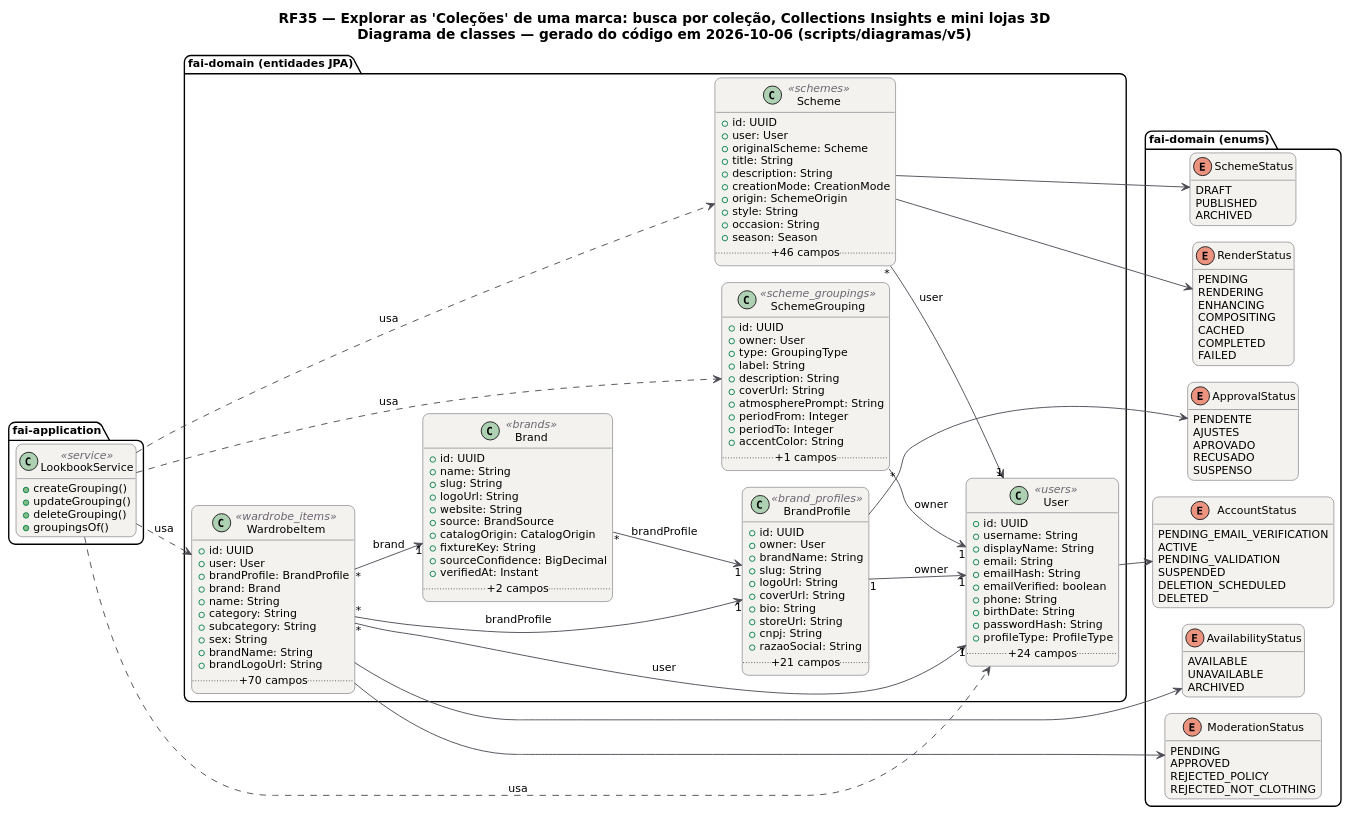
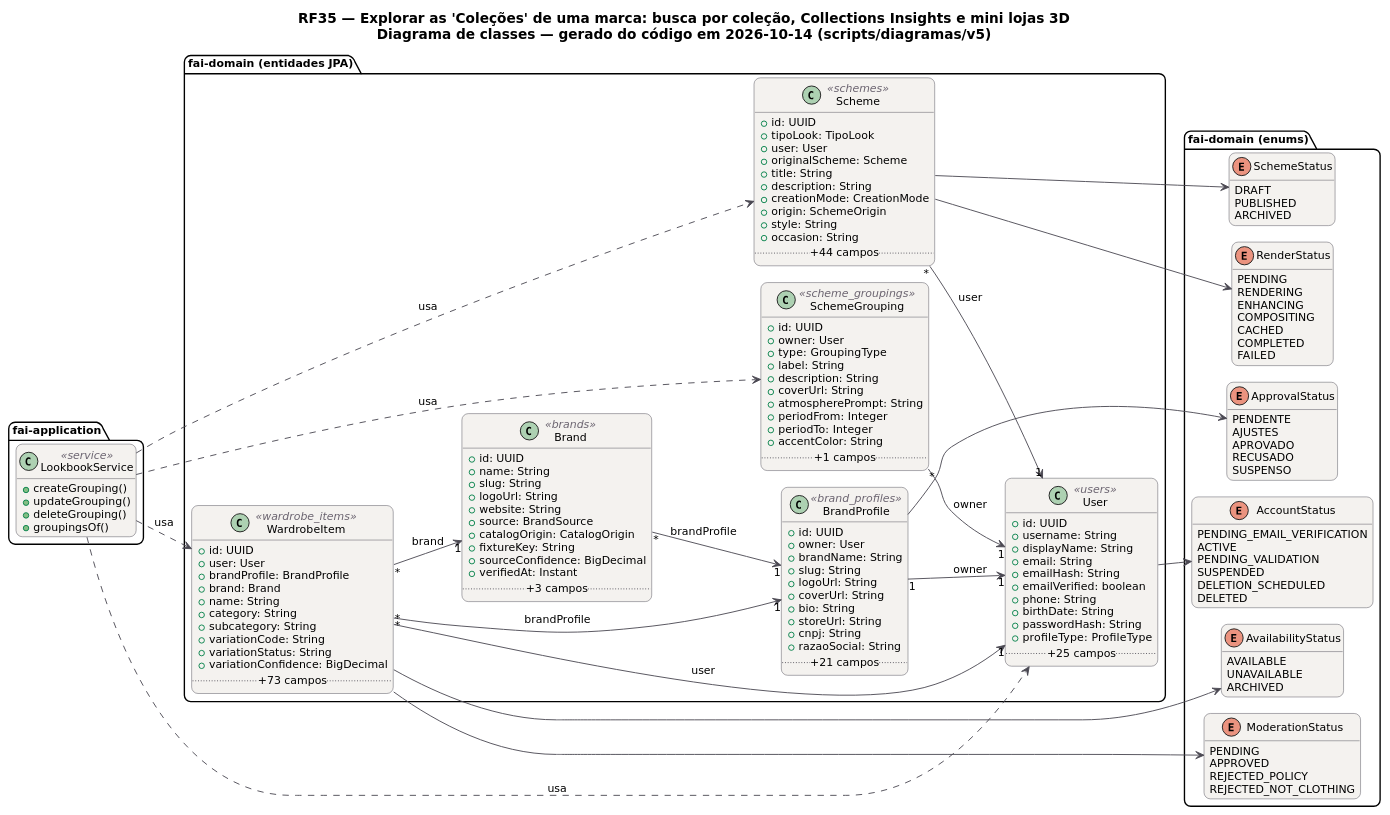
One commit to MatheusHaliski/tcc-2026-fashion-ai-backend changed the diagram in docs/diagramas/RF35/RF35-classes.puml. Above: the diagram before and after it, drawn with PlantUML. The commit also changed 800 other files, not shown here.

Commit message:
Adiciona composições AURA, bordas Metamorfose, guia visual e atualiza diagramas

```diff
--- a/docs/diagramas/RF35/RF35-classes.puml
+++ b/docs/diagramas/RF35/RF35-classes.puml
@@ -1,172 +1,172 @@
 @startuml RF35_Classes
 !pragma layout smetana
 skinparam backgroundColor #FFFFFF
 skinparam shadowing false
 skinparam defaultFontName "DejaVu Sans"
 skinparam defaultFontSize 12
 skinparam titleFontSize 15
 skinparam roundcorner 14
 skinparam ArrowColor #52606D
 skinparam note {
   BackgroundColor #FFFDEB
   BorderColor #D8CE78
   FontColor #554F24
 }
 skinparam class {
   BackgroundColor #F4F2EF
   BorderColor #4A4852
   ArrowColor #4A4852
   StereotypeFontColor #6B6470
 }
 hide empty members
 left to right direction
-title RF35 — Explorar as 'Coleções' de uma marca: busca por coleção, Collections Insights e mini lojas 3D\nDiagrama de classes — gerado do código em 2026-10-06 (scripts/diagramas/v5)
+title RF35 — Explorar as 'Coleções' de uma marca: busca por coleção, Collections Insights e mini lojas 3D\nDiagrama de classes — gerado do código em 2026-10-14 (scripts/diagramas/v5)
 
 package "fai-domain (entidades JPA)" {
   class Brand <<brands>> {
     +id: UUID
     +name: String
     +slug: String
     +logoUrl: String
     +website: String
     +source: BrandSource
     +catalogOrigin: CatalogOrigin
     +fixtureKey: String
     +sourceConfidence: BigDecimal
     +verifiedAt: Instant
-    .. +2 campos ..
+    .. +3 campos ..
   }
   class BrandProfile <<brand_profiles>> {
     +id: UUID
     +owner: User
     +brandName: String
     +slug: String
     +logoUrl: String
     +coverUrl: String
     +bio: String
     +storeUrl: String
     +cnpj: String
     +razaoSocial: String
     .. +21 campos ..
   }
   class Scheme <<schemes>> {
     +id: UUID
+    +tipoLook: TipoLook
     +user: User
     +originalScheme: Scheme
     +title: String
     +description: String
     +creationMode: CreationMode
     +origin: SchemeOrigin
     +style: String
     +occasion: String
-    +season: Season
-    .. +46 campos ..
+    .. +44 campos ..
   }
   class SchemeGrouping <<scheme_groupings>> {
     +id: UUID
     +owner: User
     +type: GroupingType
     +label: String
     +description: String
     +coverUrl: String
     +atmospherePrompt: String
     +periodFrom: Integer
     +periodTo: Integer
     +accentColor: String
     .. +1 campos ..
   }
   class User <<users>> {
     +id: UUID
     +username: String
     +displayName: String
     +email: String
     +emailHash: String
     +emailVerified: boolean
     +phone: String
     +birthDate: String
     +passwordHash: String
     +profileType: ProfileType
-    .. +24 campos ..
+    .. +25 campos ..
   }
   class WardrobeItem <<wardrobe_items>> {
     +id: UUID
     +user: User
     +brandProfile: BrandProfile
     +brand: Brand
     +name: String
     +category: String
     +subcategory: String
-    +sex: String
-    +brandName: String
-    +brandLogoUrl: String
-    .. +70 campos ..
+    +variationCode: String
+    +variationStatus: String
+    +variationConfidence: BigDecimal
+    .. +73 campos ..
   }
 }
 package "fai-domain (enums)" {
   enum ApprovalStatus {
     PENDENTE
     AJUSTES
     APROVADO
     RECUSADO
     SUSPENSO
   }
   enum SchemeStatus {
     DRAFT
     PUBLISHED
     ARCHIVED
   }
   enum RenderStatus {
     PENDING
     RENDERING
     ENHANCING
     COMPOSITING
     CACHED
     COMPLETED
     FAILED
   }
   enum AccountStatus {
     PENDING_EMAIL_VERIFICATION
     ACTIVE
     PENDING_VALIDATION
     SUSPENDED
     DELETION_SCHEDULED
     DELETED
   }
   enum AvailabilityStatus {
     AVAILABLE
     UNAVAILABLE
     ARCHIVED
   }
   enum ModerationStatus {
     PENDING
     APPROVED
     REJECTED_POLICY
     REJECTED_NOT_CLOTHING
   }
 }
 package "fai-application" {
   class LookbookService <<service>> {
     +createGrouping()
     +updateGrouping()
     +deleteGrouping()
     +groupingsOf()
   }
 }
 LookbookService ..> Scheme : usa
 LookbookService ..> SchemeGrouping : usa
 LookbookService ..> User : usa
 LookbookService ..> WardrobeItem : usa
 Brand "*" --> "1" BrandProfile : brandProfile
 BrandProfile "1" --> "1" User : owner
 BrandProfile --> ApprovalStatus
 Scheme "*" --> "1" User : user
 Scheme --> RenderStatus
 Scheme --> SchemeStatus
 SchemeGrouping "*" --> "1" User : owner
 User --> AccountStatus
 WardrobeItem "*" --> "1" Brand : brand
 WardrobeItem "*" --> "1" BrandProfile : brandProfile
 WardrobeItem "*" --> "1" User : user
 WardrobeItem --> AvailabilityStatus
 WardrobeItem --> ModerationStatus
 @enduml
```
